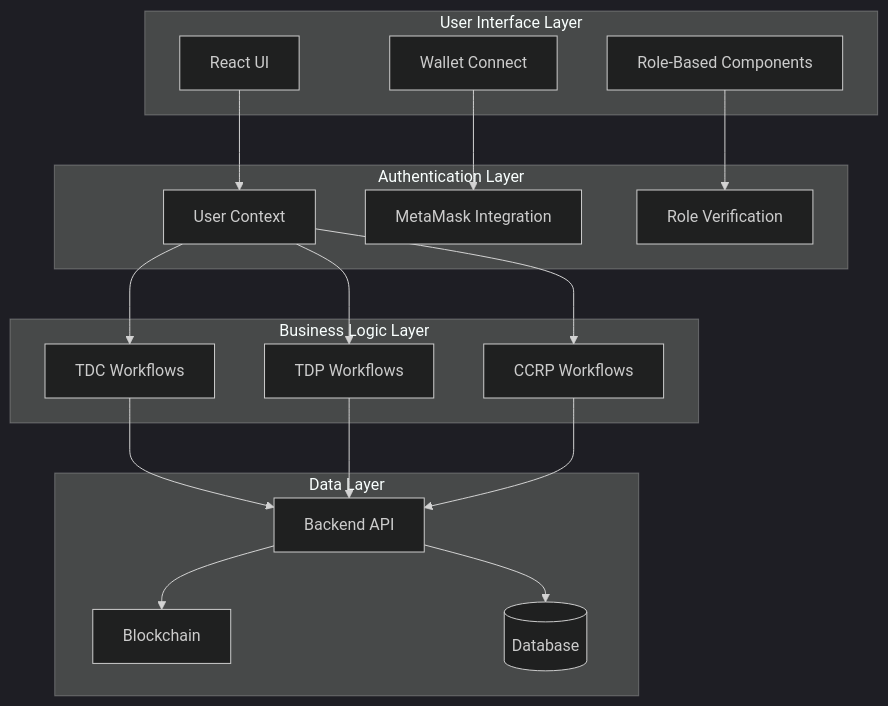
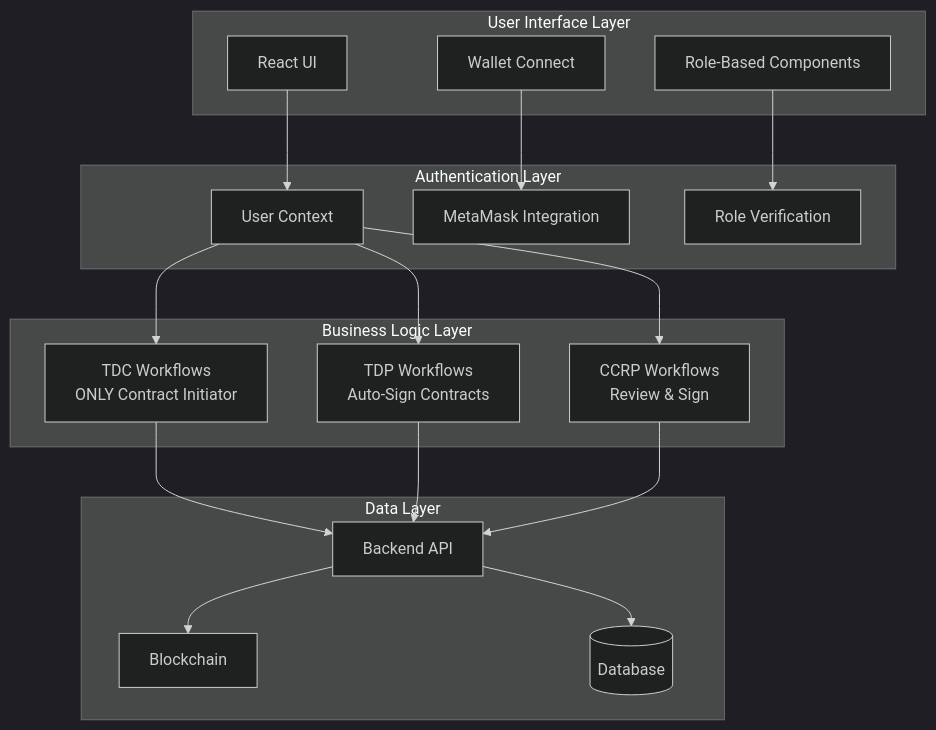
The first of 5 diagrams in USER_GUIDE.md (gitmujoshi/Confidential-AI-Network), drawn with Mermaid (dark theme) before and after one commit. The commit also changed other lines of this file and 5 other files, not shown here.

````diff
--- a/USER_GUIDE.md
+++ b/USER_GUIDE.md
@@ -15,38 +15,38 @@
 ```mermaid
 graph TB
     subgraph "User Interface Layer"
         UI[React UI]
         WC[Wallet Connect]
         RB[Role-Based Components]
     end
     
     subgraph "Authentication Layer"
         AUTH[User Context]
         WALLET[MetaMask Integration]
         ROLE[Role Verification]
     end
     
     subgraph "Business Logic Layer"
-        TDC[TDC Workflows]
-        TDP[TDP Workflows]
-        CCRP[CCRP Workflows]
+        TDC[TDC Workflows<br/>ONLY Contract Initiator]
+        TDP[TDP Workflows<br/>Auto-Sign Contracts]
+        CCRP[CCRP Workflows<br/>Review & Sign]
     end
     
     subgraph "Data Layer"
         API[Backend API]
         BC[Blockchain]
         DB[(Database)]
     end
     
     UI --> AUTH
     WC --> WALLET
     RB --> ROLE
     AUTH --> TDC
     AUTH --> TDP
     AUTH --> CCRP
     TDC --> API
     TDP --> API
     CCRP --> API
     API --> DB
     API --> BC
 ```
````
